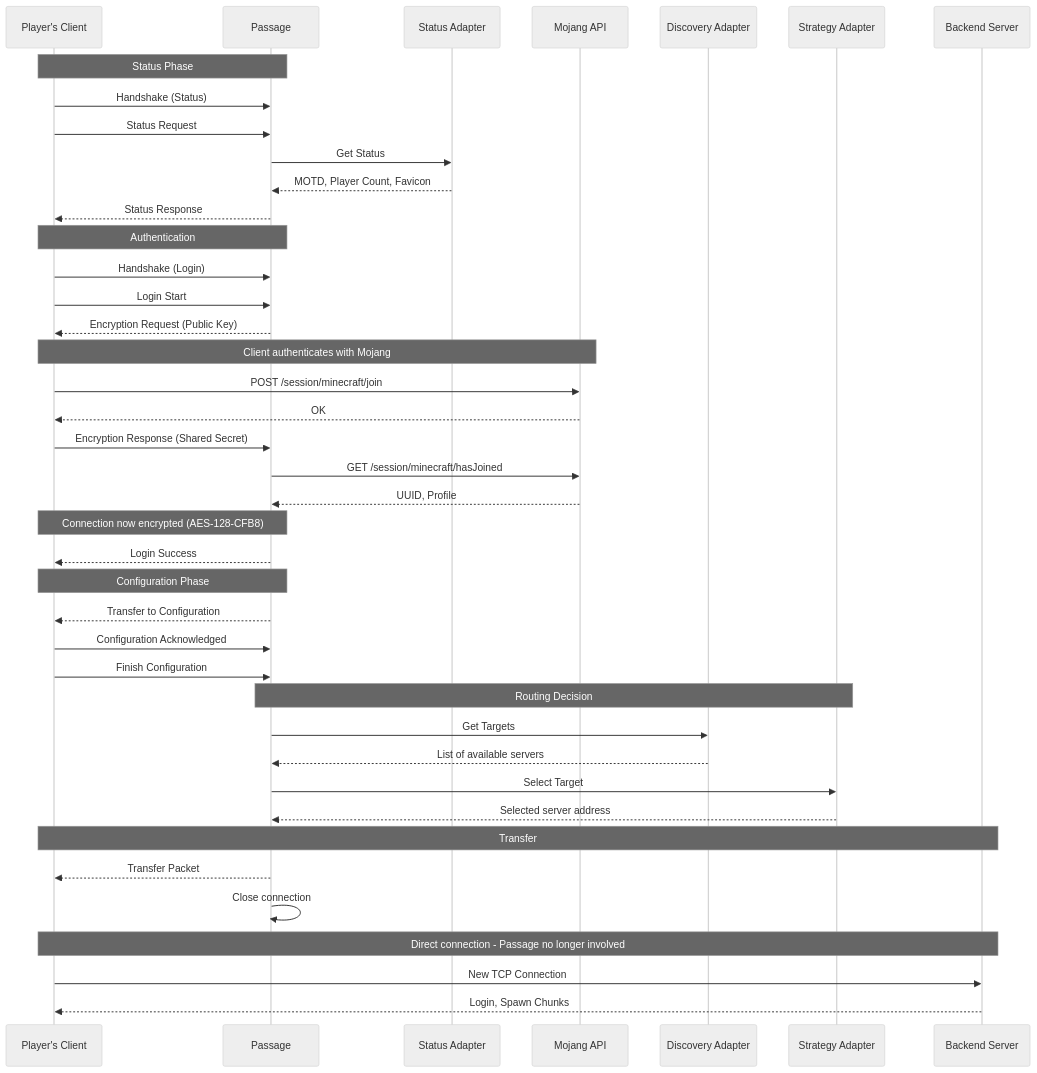
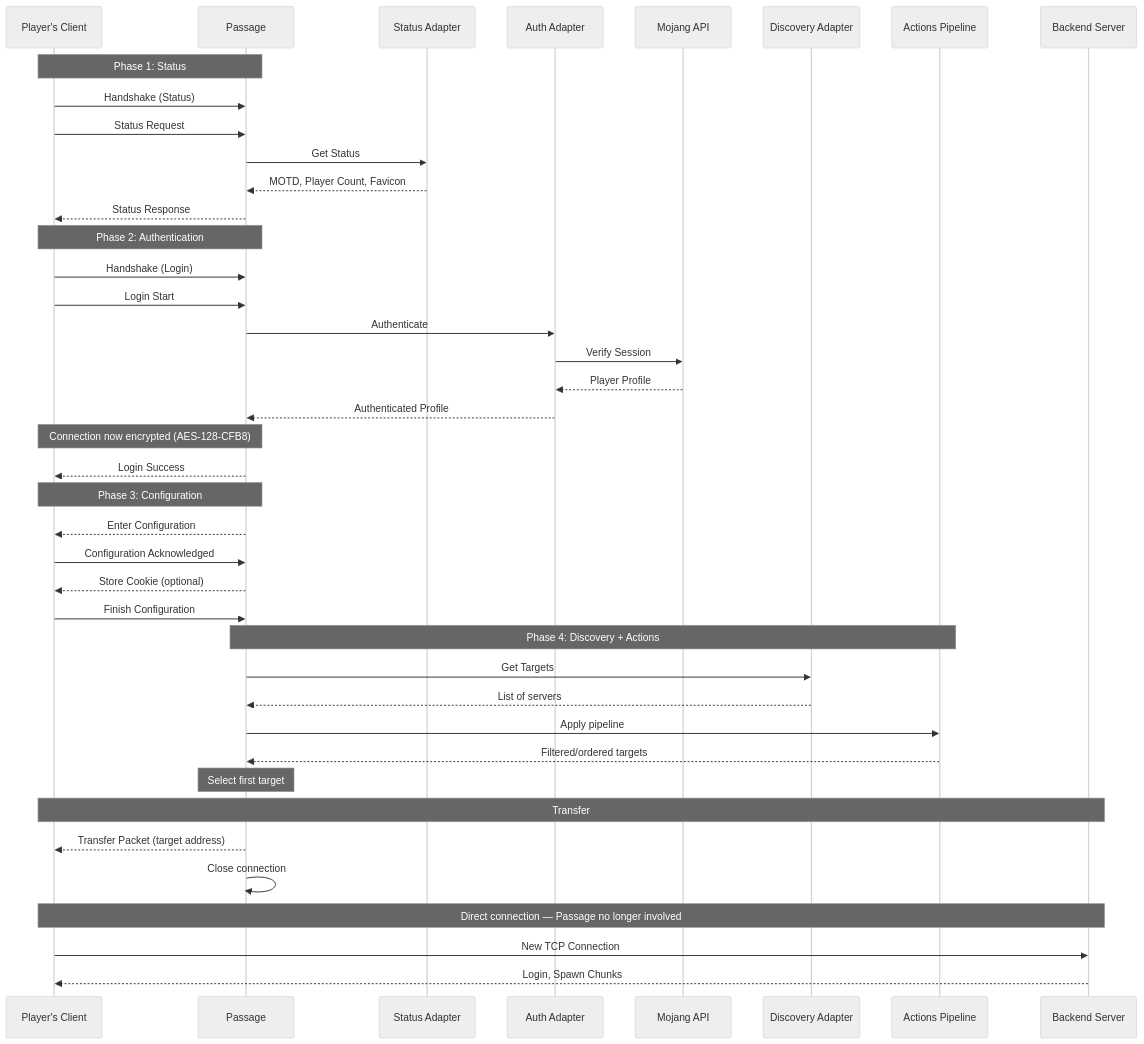
Before and after one commit to scrayosnet/passage: the third of 3 diagrams in .docs/src/content/docs/overview/architecture.md, drawn with Mermaid (neutral theme). The commit also changed other lines of this file and 89 other files, not shown here.

````diff
--- a/.docs/src/content/docs/overview/architecture.md
+++ b/.docs/src/content/docs/overview/architecture.md
@@ -197,52 +121,50 @@
 ```mermaid
 sequenceDiagram
     participant Client as Player's Client
     participant Passage
     participant StatusAdapter as Status Adapter
+    participant AuthAdapter as Auth Adapter
     participant Mojang as Mojang API
     participant Discovery as Discovery Adapter
-    participant Strategy as Strategy Adapter
+    participant Actions as Actions Pipeline
     participant Backend as Backend Server
 
-    Note over Client,Passage: Status Phase
+    Note over Client,Passage: Phase 1: Status
     Client->>Passage: Handshake (Status)
     Client->>Passage: Status Request
     Passage->>StatusAdapter: Get Status
     StatusAdapter-->>Passage: MOTD, Player Count, Favicon
     Passage-->>Client: Status Response
 
-    Note over Client,Passage: Authentication
+    Note over Client,Passage: Phase 2: Authentication
     Client->>Passage: Handshake (Login)
     Client->>Passage: Login Start
-    Passage-->>Client: Encryption Request (Public Key)
-
-    Note over Client,Mojang: Client authenticates with Mojang
-    Client->>Mojang: POST /session/minecraft/join
-    Mojang-->>Client: OK
-
-    Client->>Passage: Encryption Response (Shared Secret)
-    Passage->>Mojang: GET /session/minecraft/hasJoined
-    Mojang-->>Passage: UUID, Profile
+    Passage->>AuthAdapter: Authenticate
+    AuthAdapter->>Mojang: Verify Session
+    Mojang-->>AuthAdapter: Player Profile
+    AuthAdapter-->>Passage: Authenticated Profile
 
     Note over Client,Passage: Connection now encrypted (AES-128-CFB8)
     Passage-->>Client: Login Success
 
-    Note over Client,Passage: Configuration Phase
-    Passage-->>Client: Transfer to Configuration
+    Note over Client,Passage: Phase 3: Configuration
+    Passage-->>Client: Enter Configuration
     Client->>Passage: Configuration Acknowledged
+    Passage-->>Client: Store Cookie (optional)
     Client->>Passage: Finish Configuration
 
-    Note over Passage,Strategy: Routing Decision
+    Note over Passage,Actions: Phase 4: Discovery + Actions
     Passage->>Discovery: Get Targets
-    Discovery-->>Passage: List of available servers
-    Passage->>Strategy: Select Target
-    Strategy-->>Passage: Selected server address
+    Discovery-->>Passage: List of servers
+    Passage->>Actions: Apply pipeline
+    Actions-->>Passage: Filtered/ordered targets
+    Note over Passage: Select first target
 
     Note over Client,Backend: Transfer
-    Passage-->>Client: Transfer Packet
+    Passage-->>Client: Transfer Packet (target address)
     Passage->>Passage: Close connection
 
-    Note over Client,Backend: Direct connection - Passage no longer involved
+    Note over Client,Backend: Direct connection — Passage no longer involved
     Client->>Backend: New TCP Connection
     Backend-->>Client: Login, Spawn Chunks
 ```
````
